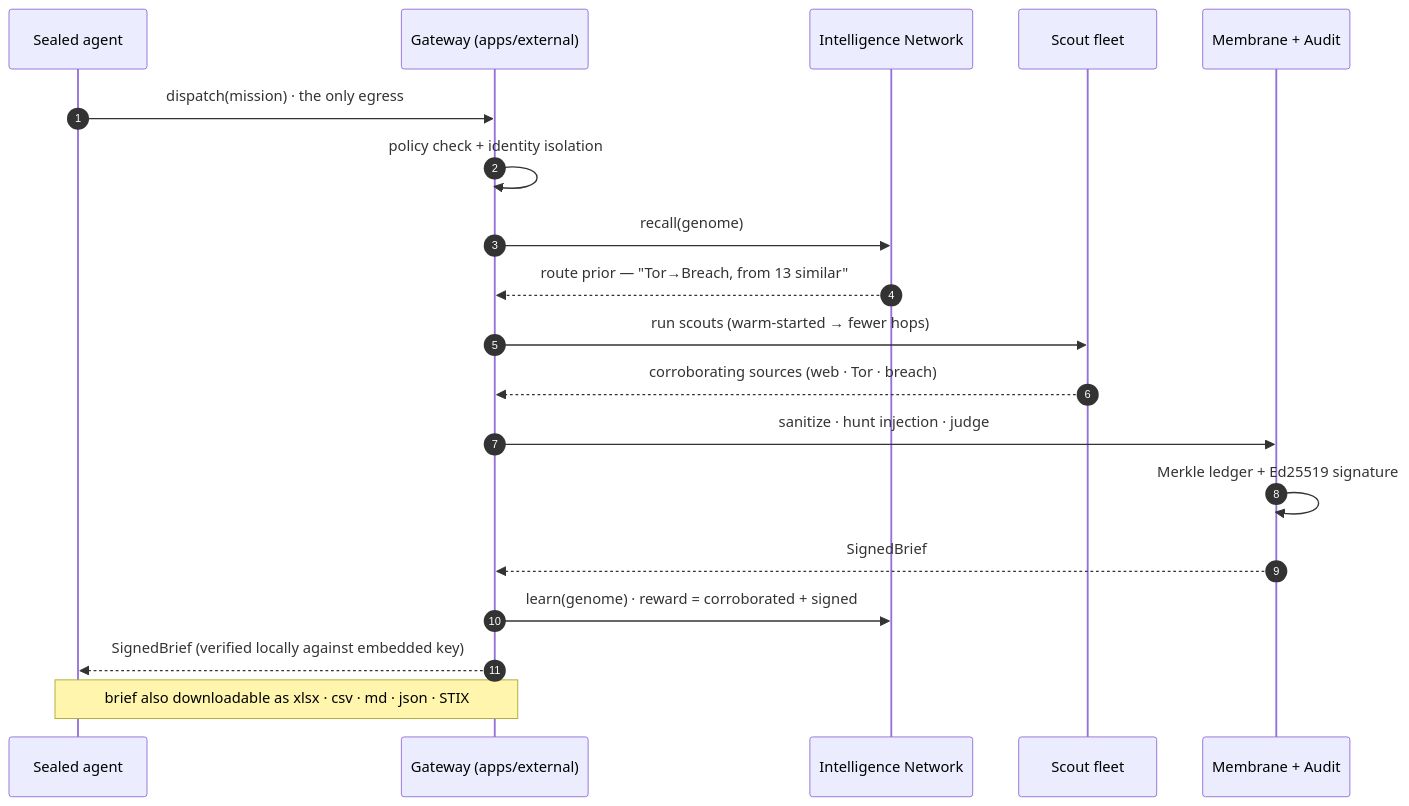
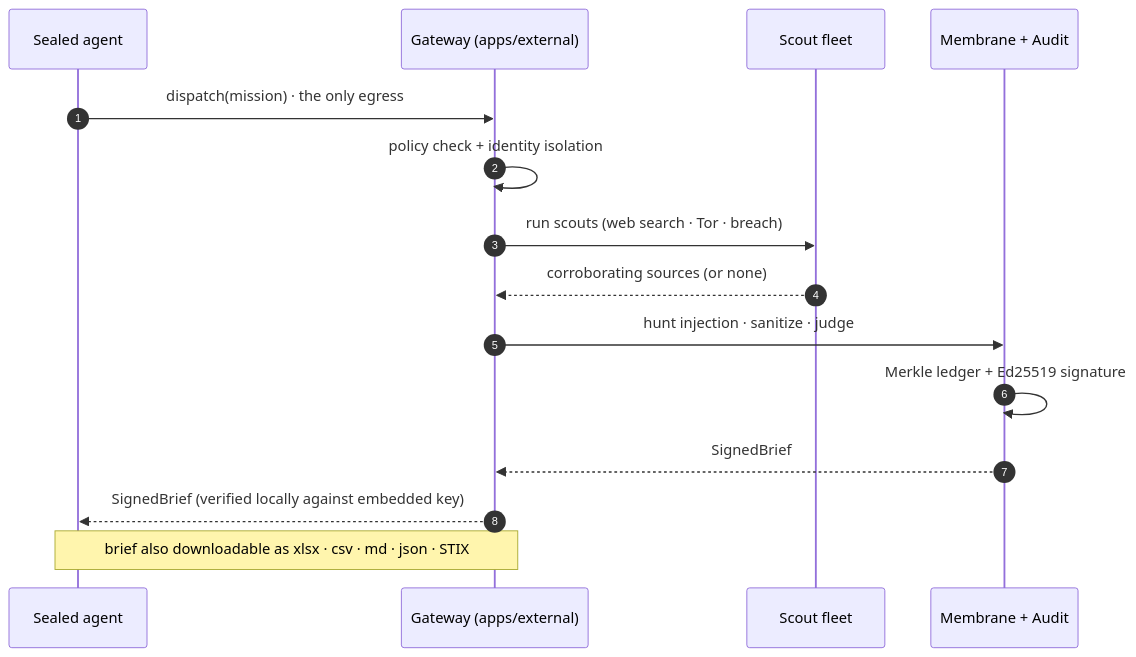
The second of 4 diagrams in README.md (Symbioose/yc-hackathon), drawn with Mermaid before and after one commit. The commit also changed other lines of this file and 43 other files, not shown here.

````diff
--- a/README.md
+++ b/README.md
@@ -149,21 +143,17 @@
 ```mermaid
 sequenceDiagram
   autonumber
   participant S as Sealed agent
   participant G as Gateway (apps/external)
-  participant N as Intelligence Network
   participant F as Scout fleet
   participant M as Membrane + Audit
   S->>G: dispatch(mission)  ·  the only egress
   G->>G: policy check + identity isolation
-  G->>N: recall(genome)
-  N-->>G: route prior — "Tor→Breach, from 13 similar"
-  G->>F: run scouts (warm-started → fewer hops)
-  F-->>G: corroborating sources (web · Tor · breach)
-  G->>M: sanitize · hunt injection · judge
+  G->>F: run scouts (web search · Tor · breach)
+  F-->>G: corroborating sources (or none)
+  G->>M: hunt injection · sanitize · judge
   M->>M: Merkle ledger + Ed25519 signature
   M-->>G: SignedBrief
-  G->>N: learn(genome)  ·  reward = corroborated + signed
   G-->>S: SignedBrief (verified locally against embedded key)
   Note over G,S: brief also downloadable as xlsx · csv · md · json · STIX
 ```
````
